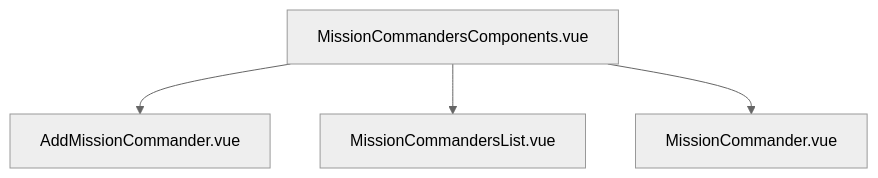
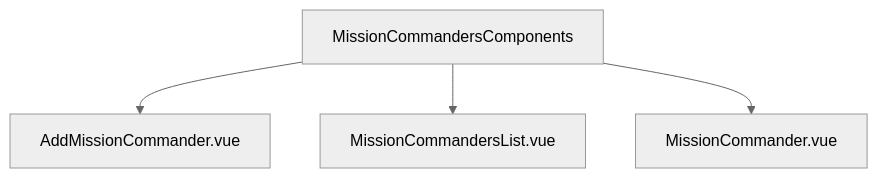
Before and after one commit to martinGM05/client-launchx: the fifth of 5 diagrams in README.md, drawn with Mermaid (neutral theme). The commit also changed other lines of this file, not shown here.

````diff
--- a/README.md
+++ b/README.md
@@ -54,6 +54,6 @@
 ```mermaid
 graph TD;
-    MissionCommandersComponents.vue --> AddMissionCommander.vue;
-    MissionCommandersComponents.vue --> MissionCommandersList.vue;
-    MissionCommandersComponents.vue --> MissionCommander.vue;
+    MissionCommandersComponents --> AddMissionCommander.vue;
+    MissionCommandersComponents --> MissionCommandersList.vue;
+    MissionCommandersComponents --> MissionCommander.vue;
 ```
````
